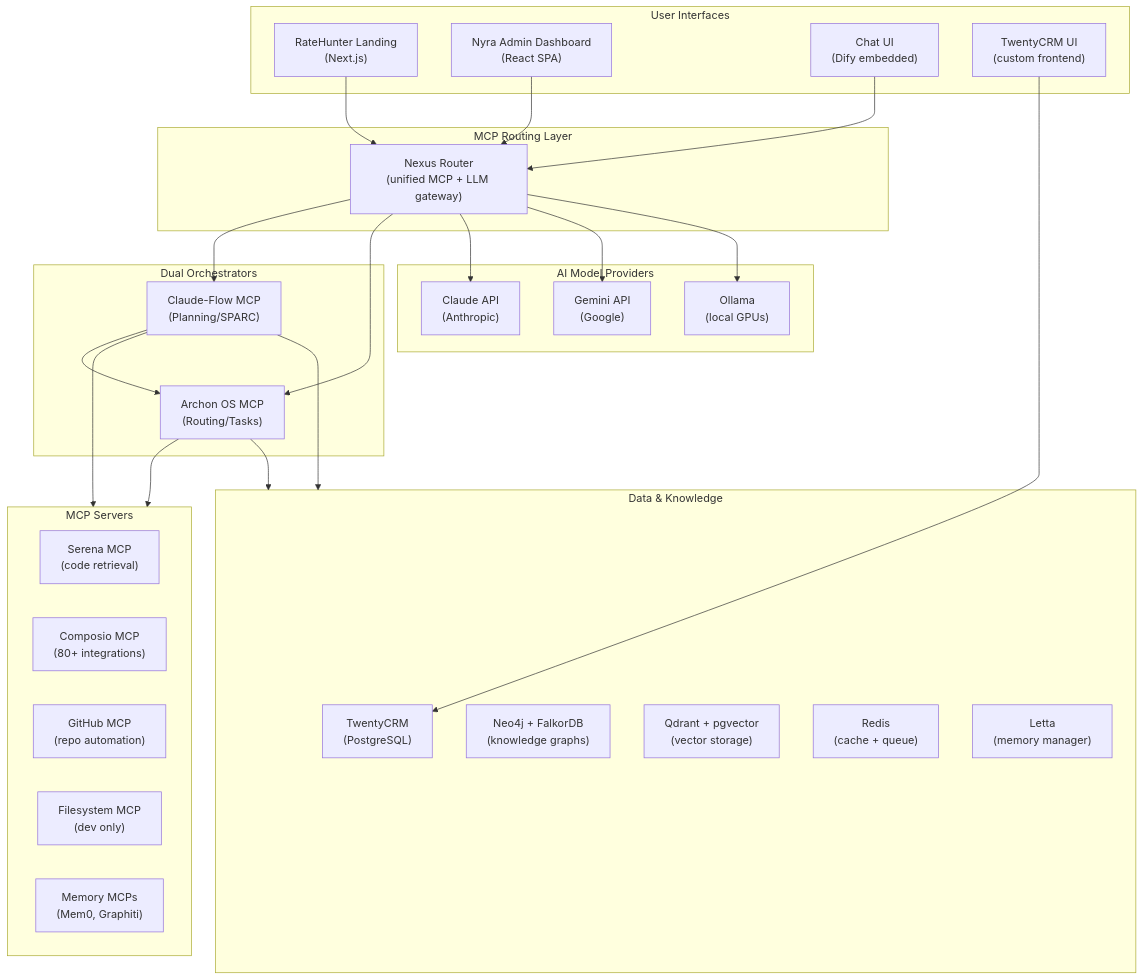
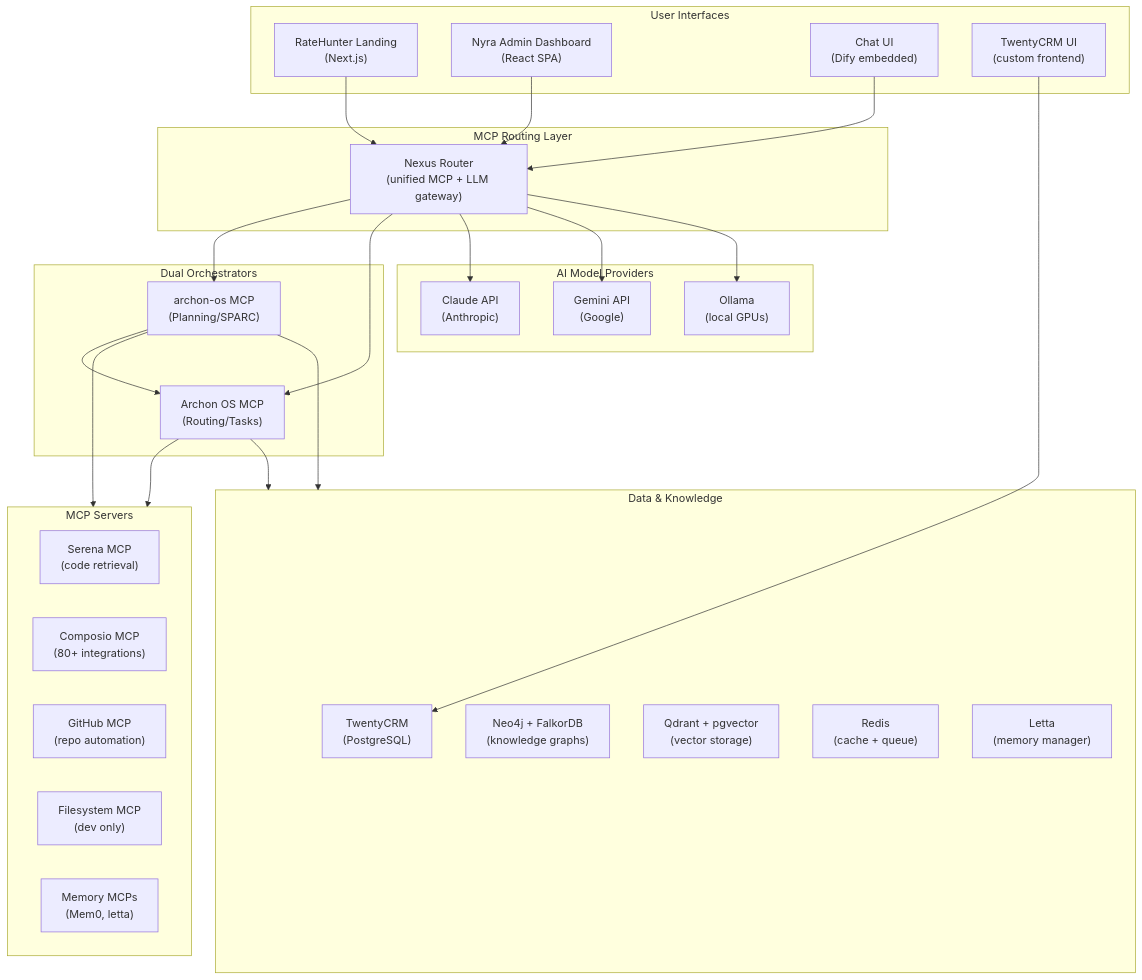
Before and after one commit to ellisapotheosis/Project-Nyra: the first of 3 diagrams in docs/architecture/ARCHITECTURE-OVERVIEW.md, drawn with Mermaid. The commit also changed other lines of this file and 992 other files, not shown here.

````diff
--- a/docs/architecture/ARCHITECTURE-OVERVIEW.md
+++ b/docs/architecture/ARCHITECTURE-OVERVIEW.md
@@ -29,58 +29,58 @@
 ```mermaid
 graph TB
     subgraph Clients["User Interfaces"]
         RH["RateHunter Landing<br/>(Next.js)"]
         NA["Nyra Admin Dashboard<br/>(React SPA)"]
         CHT["Chat UI<br/>(Dify embedded)"]
         CRM_UI["TwentyCRM UI<br/>(custom frontend)"]
     end
 
     subgraph Routing["MCP Routing Layer"]
         NX["Nexus Router<br/>(unified MCP + LLM gateway)"]
     end
 
     subgraph Orchestrators["Dual Orchestrators"]
-        CF["Claude-Flow MCP<br/>(Planning/SPARC)"]
+        CF["archon-os MCP<br/>(Planning/SPARC)"]
         AO["Archon OS MCP<br/>(Routing/Tasks)"]
     end
 
     subgraph MCP_Servers["MCP Servers"]
         SER["Serena MCP<br/>(code retrieval)"]
         COMP["Composio MCP<br/>(80+ integrations)"]
         GIT["GitHub MCP<br/>(repo automation)"]
         FS["Filesystem MCP<br/>(dev only)"]
-        MEM["Memory MCPs<br/>(Mem0, Graphiti)"]
+        MEM["Memory MCPs<br/>(Mem0, letta)"]
     end
 
     subgraph Data["Data & Knowledge"]
         CRM["TwentyCRM<br/>(PostgreSQL)"]
         KG["Neo4j + FalkorDB<br/>(knowledge graphs)"]
         VS["Qdrant + pgvector<br/>(vector storage)"]
         REDIS["Redis<br/>(cache + queue)"]
         LET["Letta<br/>(memory manager)"]
     end
 
     subgraph AI["AI Model Providers"]
         CLAUDE["Claude API<br/>(Anthropic)"]
         GEM["Gemini API<br/>(Google)"]
         OLL["Ollama<br/>(local GPUs)"]
     end
 
     RH --> NX
     NA --> NX
     CHT --> NX
     CRM_UI --> CRM
 
     NX --> CF
     NX --> AO
     NX --> CLAUDE
     NX --> GEM
     NX --> OLL
 
     CF --> AO
     CF --> MCP_Servers
     AO --> MCP_Servers
 
     CF --> Data
     AO --> Data
 ```
````
